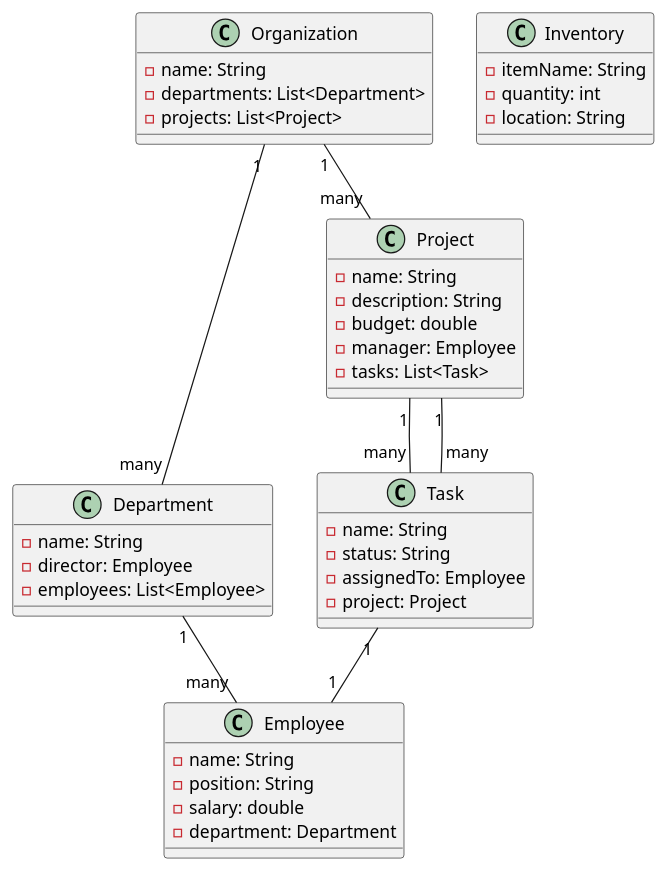
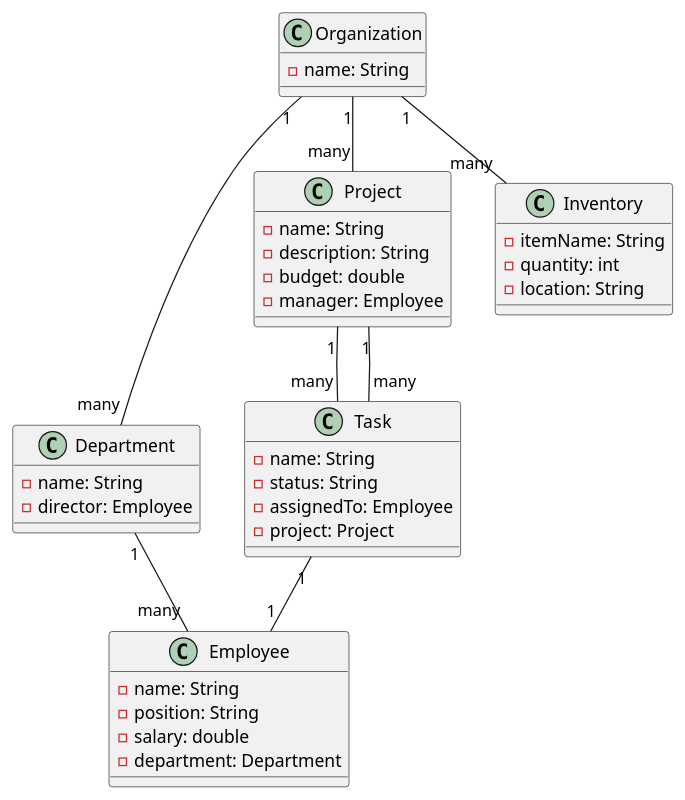
One commit to DianaGuedes19/plataformaIntegradaDeOrganiza-es changed the diagram in src/main/java/org/example/PlantProjeto.puml. Above: the diagram before and after it, drawn with PlantUML.

Commit message:
Novo plant

```diff
--- a/src/main/java/org/example/PlantProjeto.puml
+++ b/src/main/java/org/example/PlantProjeto.puml
@@ -1,48 +1,50 @@
 @startuml
 class Organization {
     - name: String
-    - departments: List<Department>
-    - projects: List<Project>
+
+
+
 }
 
 class Department {
     - name: String
     - director: Employee
-    - employees: List<Employee>
+
 }
 
 class Employee {
     - name: String
     - position: String
     - salary: double
     - department: Department
 }
 
 class Project {
     - name: String
     - description: String
     - budget: double
     - manager: Employee
-    - tasks: List<Task>
+
 }
 
 class Task {
     - name: String
     - status: String
     - assignedTo: Employee
     - project: Project
 }
 
 class Inventory {
     - itemName: String
     - quantity: int
     - location: String
 }
 
 Organization "1" -- "many" Department
 Organization "1" -- "many" Project
+Organization "1" -- "many" Inventory
 Department "1" -- "many" Employee
 Project "1" -- "many" Task
 Task "1" -- "1" Employee
 Task "many" -- "1" Project
 @enduml
```
